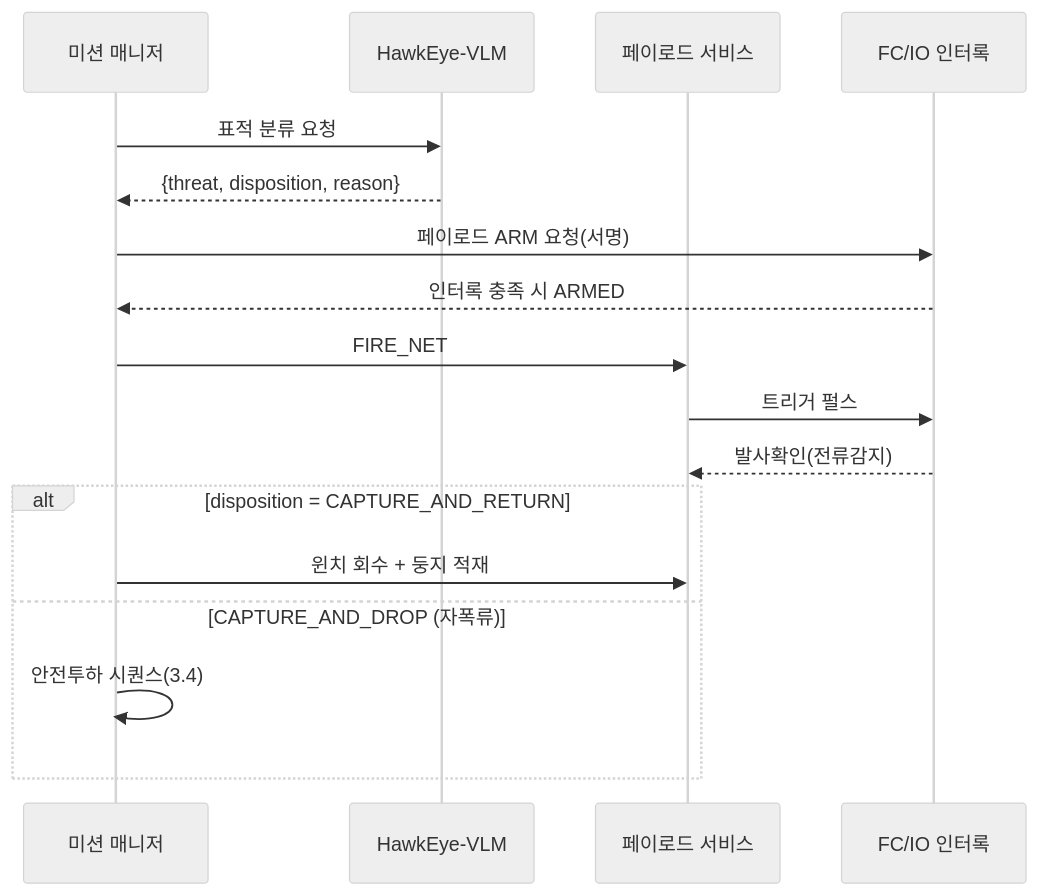
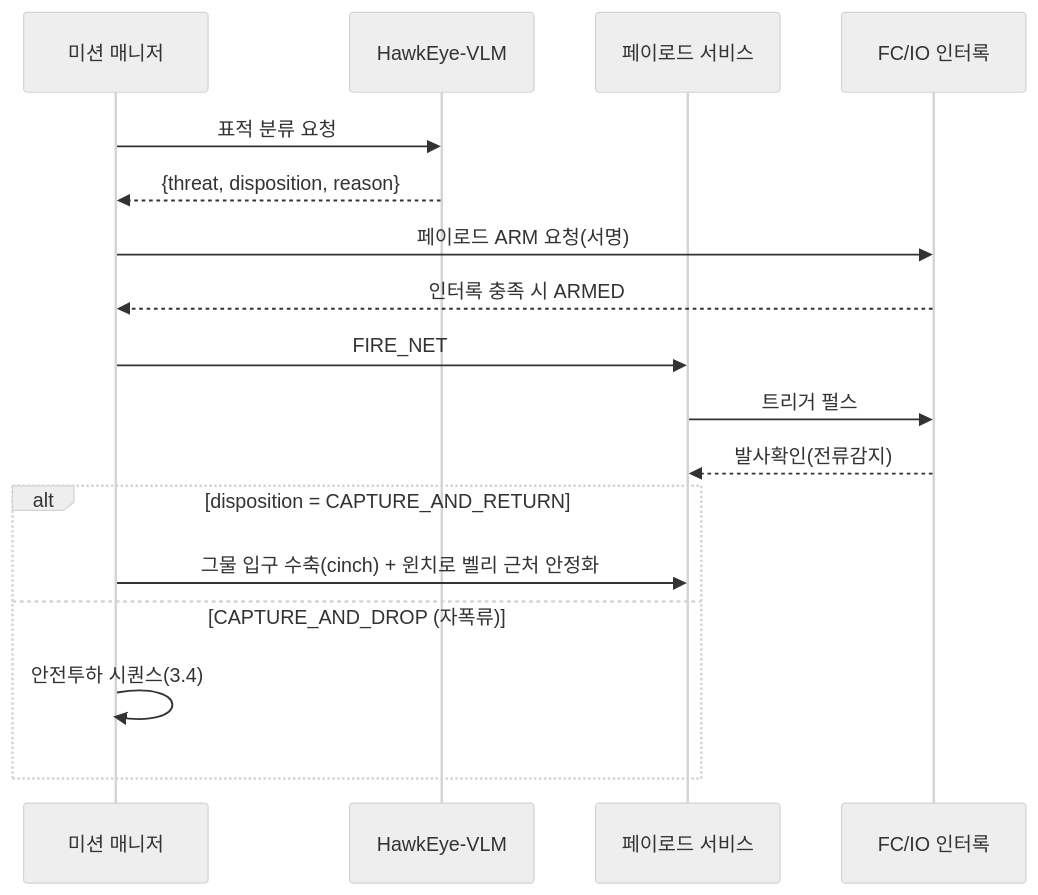
Before and after one commit to gkjuwon-tech/TaloNet: the third of 4 diagrams in docs/07_소프트웨어_기획.md, drawn with Mermaid (neutral theme). The commit also changed 7 other files, not shown here.

````diff
--- a/docs/07_소프트웨어_기획.md
+++ b/docs/07_소프트웨어_기획.md
@@ -83,19 +83,19 @@
 ```mermaid
 sequenceDiagram
     participant MM as 미션 매니저
     participant VLM as HawkEye-VLM
     participant PS as 페이로드 서비스
     participant FC as FC/IO 인터록
     MM->>VLM: 표적 분류 요청
     VLM-->>MM: {threat, disposition, reason}
     MM->>FC: 페이로드 ARM 요청(서명)
     FC-->>MM: 인터록 충족 시 ARMED
     MM->>PS: FIRE_NET
     PS->>FC: 트리거 펄스
     FC-->>PS: 발사확인(전류감지)
     alt disposition = CAPTURE_AND_RETURN
-        MM->>PS: 윈치 회수 + 둥지 적재
+        MM->>PS: 그물 입구 수축(cinch) + 윈치로 벨리 근처 안정화
     else CAPTURE_AND_DROP (자폭류)
         MM->>MM: 안전투하 시퀀스(3.4)
     end
 ```
````
